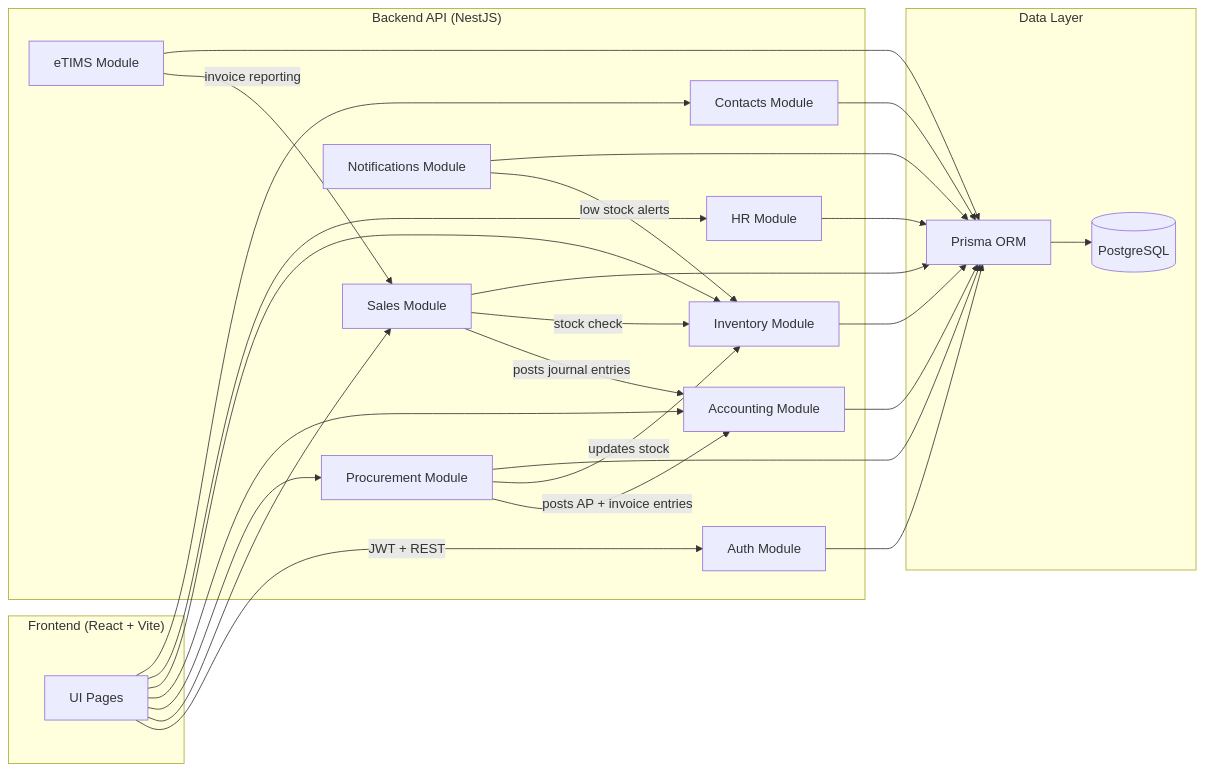
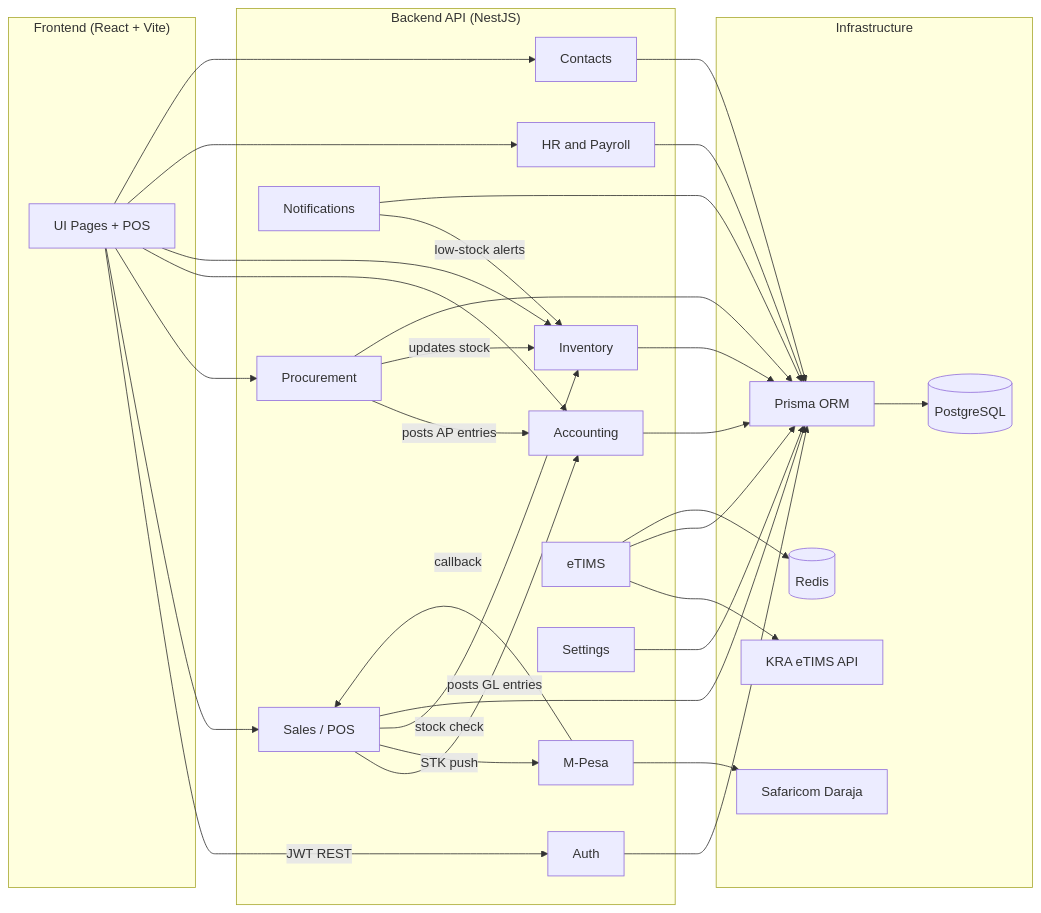
The seventh of 7 diagrams in README.md (eliudm/ERP-SYSTEM), drawn with Mermaid before and after one commit. The commit also changed other lines of this file and 31 other files, not shown here.

````diff
--- a/README.md
+++ b/README.md
@@ -232,50 +799,60 @@
 ```mermaid
 flowchart LR
     subgraph Frontend["Frontend (React + Vite)"]
-        UI[UI Pages]
+        UI[UI Pages + POS]
     end
 
     subgraph API["Backend API (NestJS)"]
-        AUTH[Auth Module]
-        SALES[Sales Module]
-        PROC[Procurement Module]
-        ACC[Accounting Module]
-        INV[Inventory Module]
-        HR[HR Module]
-        CONT[Contacts Module]
-        ETIMS[eTIMS Module]
-        NOTIF[Notifications Module]
+        AUTH[Auth]
+        SALES[Sales / POS]
+        MPESA[M-Pesa]
+        PROC[Procurement]
+        ACC[Accounting]
+        INV[Inventory]
+        HR[HR and Payroll]
+        CONT[Contacts]
+        ETIMS[eTIMS]
+        NOTIF[Notifications]
+        SET[Settings]
     end
 
-    subgraph Data["Data Layer"]
+    subgraph Infra["Infrastructure"]
         PRISMA[Prisma ORM]
         DB[(PostgreSQL)]
+        REDIS[(Redis)]
+        DARAJA[Safaricom Daraja]
+        KRA[KRA eTIMS API]
     end
 
-    UI -- JWT + REST --> AUTH
+    UI -- JWT REST --> AUTH
     UI --> SALES
     UI --> PROC
     UI --> ACC
     UI --> INV
     UI --> HR
     UI --> CONT
 
-    SALES -- posts journal entries --> ACC
-    PROC -- posts AP + invoice entries --> ACC
+    SALES -- posts GL entries --> ACC
+    SALES -- STK push --> MPESA
+    MPESA -- callback --> SALES
+    MPESA --> DARAJA
+    PROC -- posts AP entries --> ACC
     PROC -- updates stock --> INV
     SALES -- stock check --> INV
-    ETIMS -- invoice reporting --> SALES
-    NOTIF -- low stock alerts --> INV
+    ETIMS --> KRA
+    NOTIF -- low-stock alerts --> INV
 
     AUTH --> PRISMA
     SALES --> PRISMA
     PROC --> PRISMA
     ACC --> PRISMA
     INV --> PRISMA
     HR --> PRISMA
     CONT --> PRISMA
     ETIMS --> PRISMA
     NOTIF --> PRISMA
+    SET --> PRISMA
 
     PRISMA --> DB
+    ETIMS --> REDIS
 ```
````
